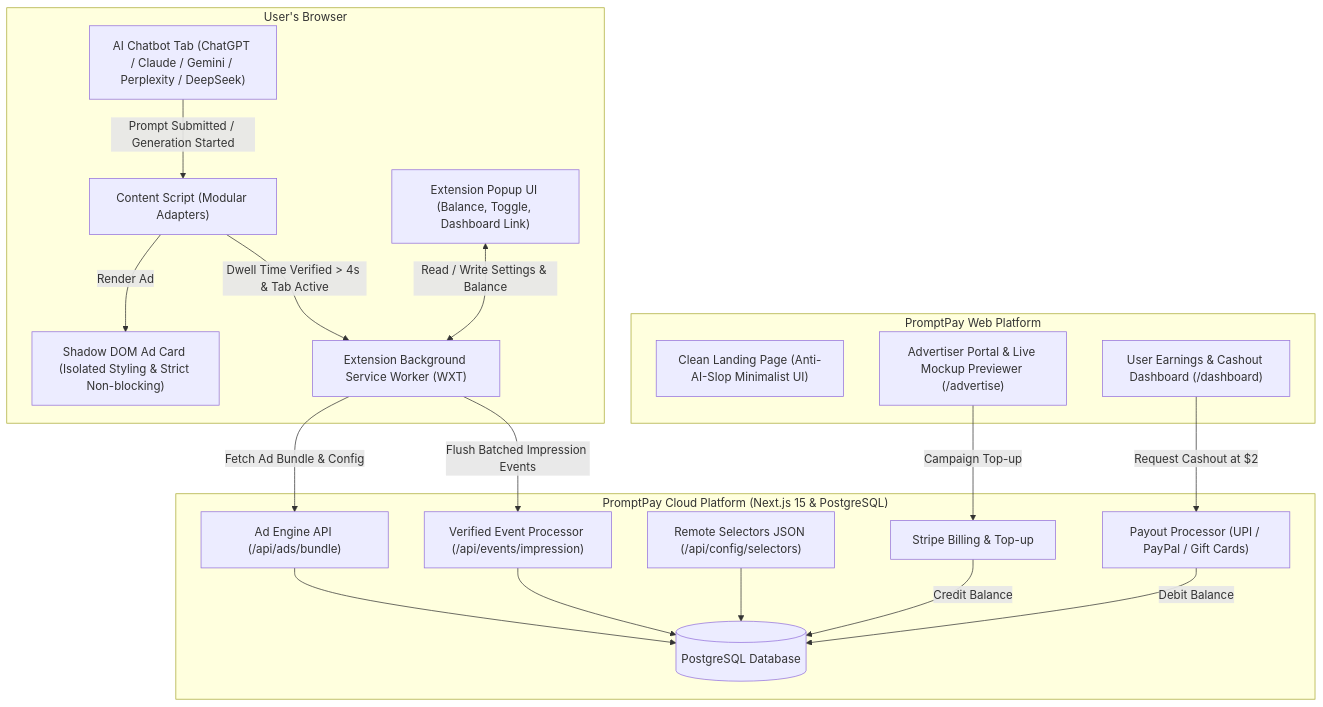
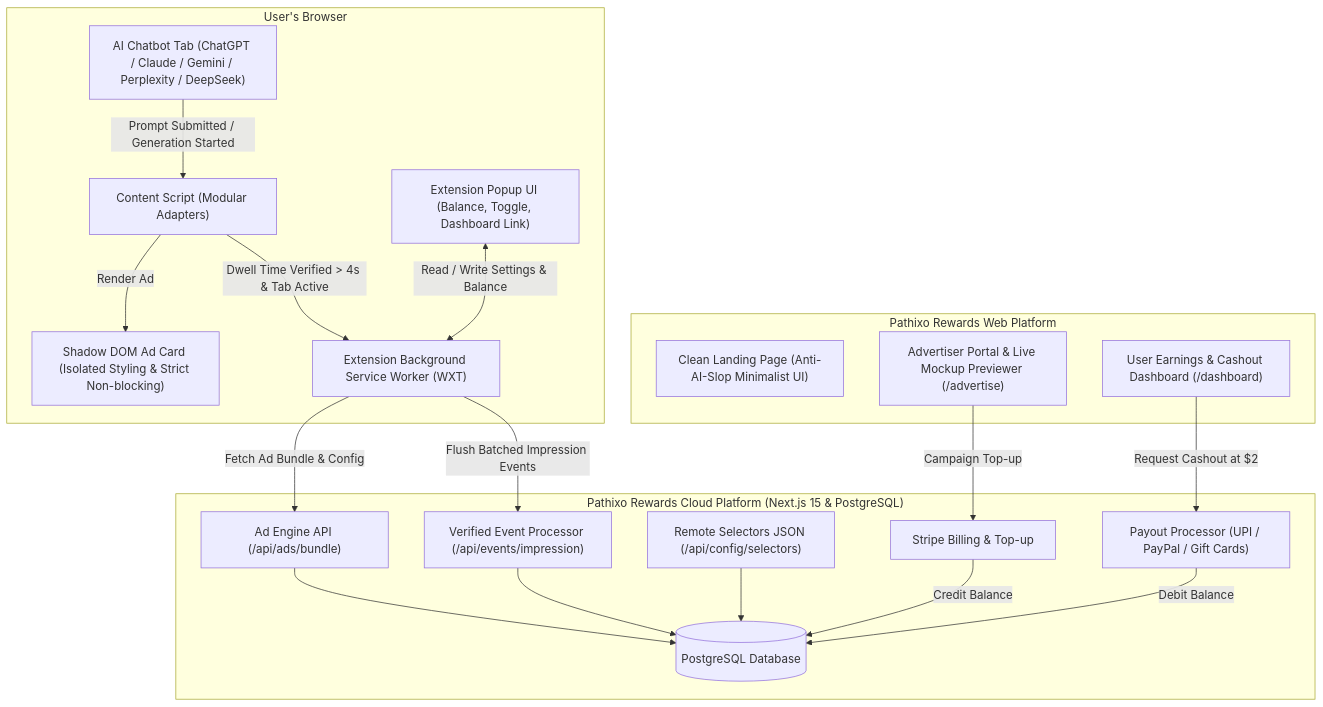
Before and after one commit to jhaabhijeet864/Pathixo_Rewards: the diagram in .planning/research/ARCHITECTURE.md, drawn with Mermaid. The commit also changed other lines of this file and 7 other files, not shown here.

Commit message:
chore: rebrand platform to Pathixo Rewards across all planning files

````diff
--- a/.planning/research/ARCHITECTURE.md
+++ b/.planning/research/ARCHITECTURE.md
@@ -10,41 +10,41 @@
 ```mermaid
 flowchart TD
     subgraph Browser["User's Browser"]
         AI_Tab["AI Chatbot Tab (ChatGPT / Claude / Gemini / Perplexity / DeepSeek)"]
         CS["Content Script (Modular Adapters)"]
         SD["Shadow DOM Ad Card (Isolated Styling & Strict Non-blocking)"]
         EXT_BG["Extension Background Service Worker (WXT)"]
         EXT_POP["Extension Popup UI (Balance, Toggle, Dashboard Link)"]
         
         AI_Tab -->|Prompt Submitted / Generation Started| CS
         CS -->|Render Ad| SD
         CS -->|Dwell Time Verified > 4s & Tab Active| EXT_BG
         EXT_POP <-->|Read / Write Settings & Balance| EXT_BG
     end
 
-    subgraph Backend["PromptPay Cloud Platform (Next.js 15 & PostgreSQL)"]
+    subgraph Backend["Pathixo Rewards Cloud Platform (Next.js 15 & PostgreSQL)"]
         API_AD["Ad Engine API (/api/ads/bundle)"]
         API_EVT["Verified Event Processor (/api/events/impression)"]
         API_CFG["Remote Selectors JSON (/api/config/selectors)"]
         DB[(PostgreSQL Database)]
         STRIPE["Stripe Billing & Top-up"]
         PAYOUT["Payout Processor (UPI / PayPal / Gift Cards)"]
         
         API_AD --> DB
         API_EVT --> DB
         API_CFG --> DB
     end
 
-    subgraph WebApp["PromptPay Web Platform"]
+    subgraph WebApp["Pathixo Rewards Web Platform"]
         LANDING["Clean Landing Page (Anti-AI-Slop Minimalist UI)"]
         ADV_PORTAL["Advertiser Portal & Live Mockup Previewer (/advertise)"]
         USER_DASH["User Earnings & Cashout Dashboard (/dashboard)"]
     end
 
     EXT_BG -->|Fetch Ad Bundle & Config| API_AD
     EXT_BG -->|Flush Batched Impression Events| API_EVT
     ADV_PORTAL -->|Campaign Top-up| STRIPE
     STRIPE -->|Credit Balance| DB
     USER_DASH -->|Request Cashout at $2| PAYOUT
     PAYOUT -->|Debit Balance| DB
 ```
````
